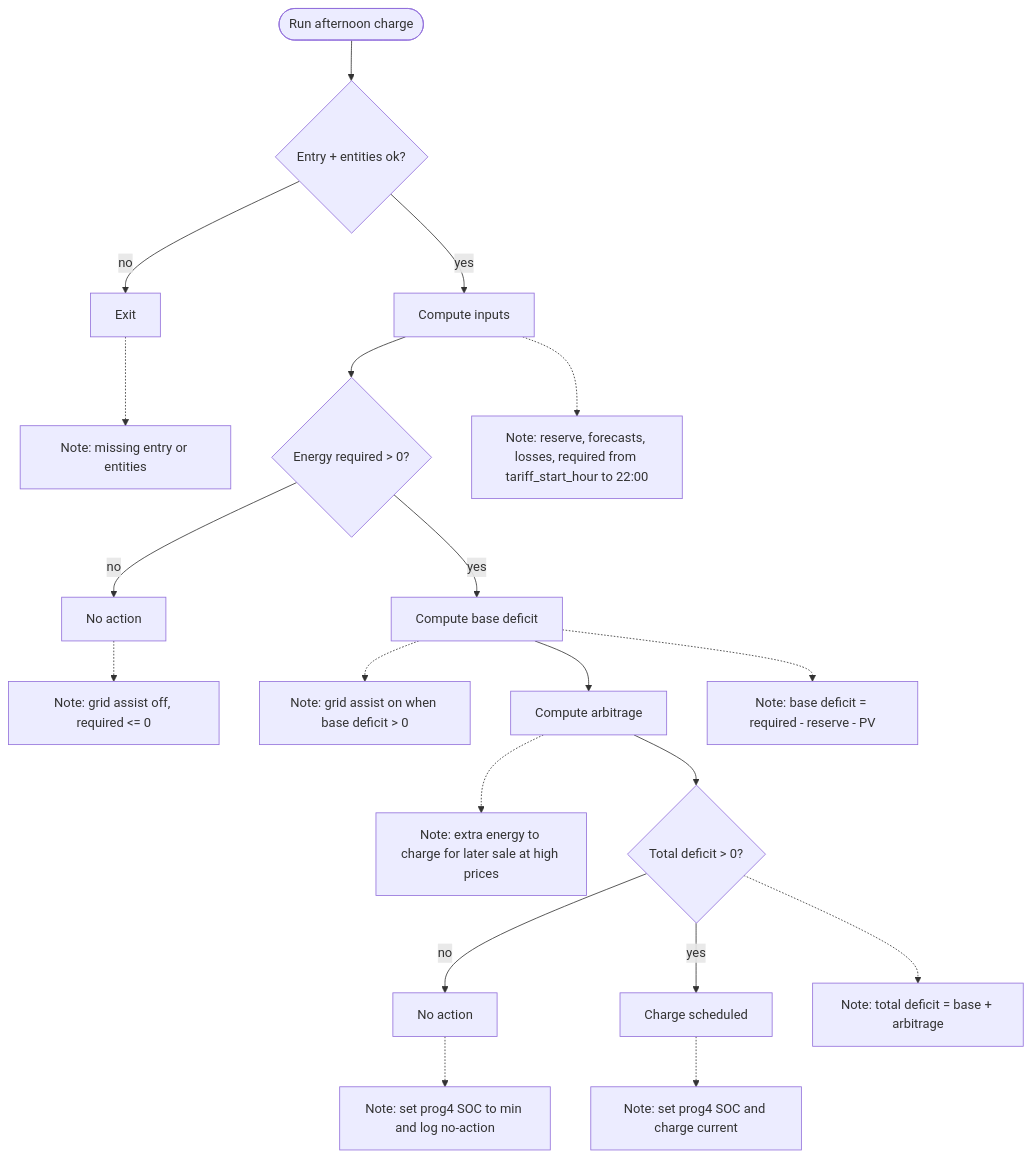
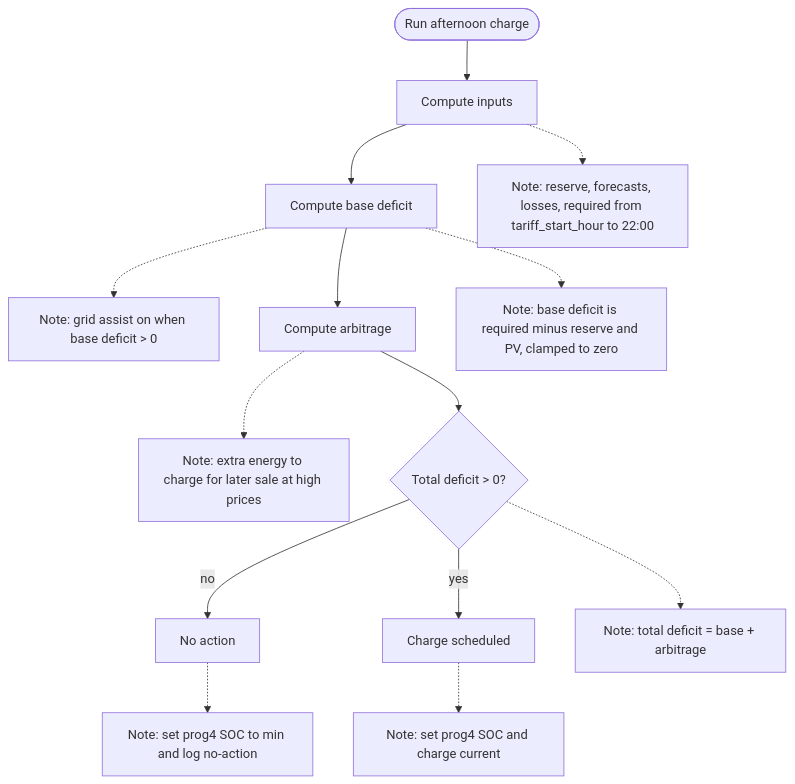
One commit to plebann/EnergyOptimizer changed the diagram in docs/Afternoon_Charge_Action.md. Above: the diagram before and after it, drawn with Mermaid. The commit also changed 2 other files, not shown here.

Commit message:
refactor: Update afternoon charge logic to handle zero or negative energy requirements and improve flowchart documentation for clarity

````diff
--- a/docs/Afternoon_Charge_Action.md
+++ b/docs/Afternoon_Charge_Action.md
@@ -68,22 +68,16 @@
 ```mermaid
 flowchart TD
-  AC_start([Run afternoon charge]) --> AC_pre{Entry + entities ok?}
-   AC_pre -->|no| AC_exit[Exit]
-   AC_pre -->|yes| AC_inputs[Compute inputs]
-   AC_inputs --> AC_required{Energy required > 0?}
-   AC_required -->|no| AC_skip[No action]
-   AC_required -->|yes| AC_base[Compute base deficit]
+   AC_start([Run afternoon charge]) --> AC_inputs[Compute inputs]
+    AC_inputs --> AC_base[Compute base deficit]
    AC_base -.-> AC_grid_assist_note[Note: grid assist on when base deficit > 0]
    AC_base --> AC_arb[Compute arbitrage]
    AC_arb -.-> AC_arb_note[Note: extra energy to charge for later sale at high prices]
    AC_arb --> AC_total{Total deficit > 0?}
    AC_total -->|no| AC_reset[No action]
    AC_total -->|yes| AC_charge[Charge scheduled]
-   AC_exit -.-> AC_exit_note[Note: missing entry or entities]
-   AC_skip -.-> AC_skip_note[Note: grid assist off, required <= 0]
-    AC_inputs -.-> AC_inputs_note[Note: reserve, forecasts, losses, required from tariff_start_hour to 22:00]
-    AC_base -.-> AC_base_note[Note: base deficit = required - reserve - PV]
-    AC_total -.-> AC_total_note[Note: total deficit = base + arbitrage]
-   AC_reset -.-> AC_reset_note[Note: set prog4 SOC to min and log no-action]
-   AC_charge -.-> AC_charge_note[Note: set prog4 SOC and charge current]
+      AC_inputs -.-> AC_inputs_note[Note: reserve, forecasts, losses, required from tariff_start_hour to 22:00]
+       AC_base -.-> AC_base_note[Note: base deficit is required minus reserve and PV, clamped to zero]
+      AC_total -.-> AC_total_note[Note: total deficit = base + arbitrage]
+    AC_reset -.-> AC_reset_note[Note: set prog4 SOC to min and log no-action]
+    AC_charge -.-> AC_charge_note[Note: set prog4 SOC and charge current]
 ```
````
